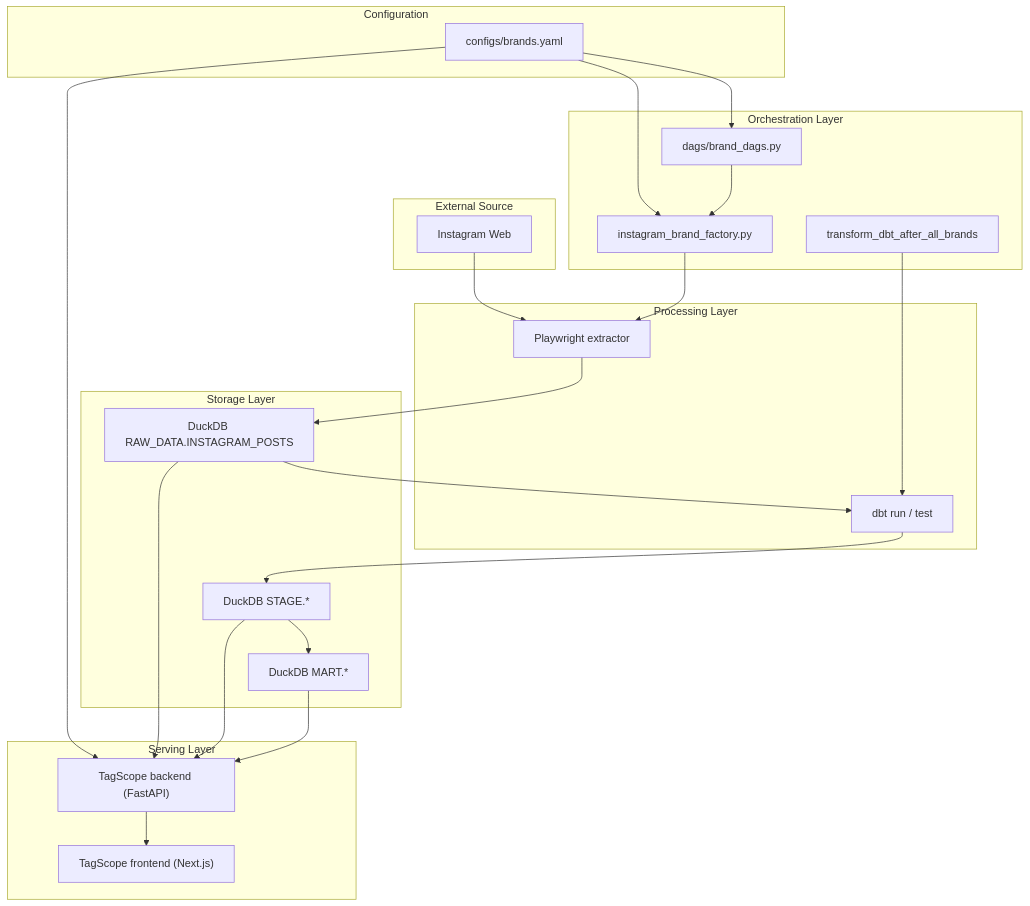
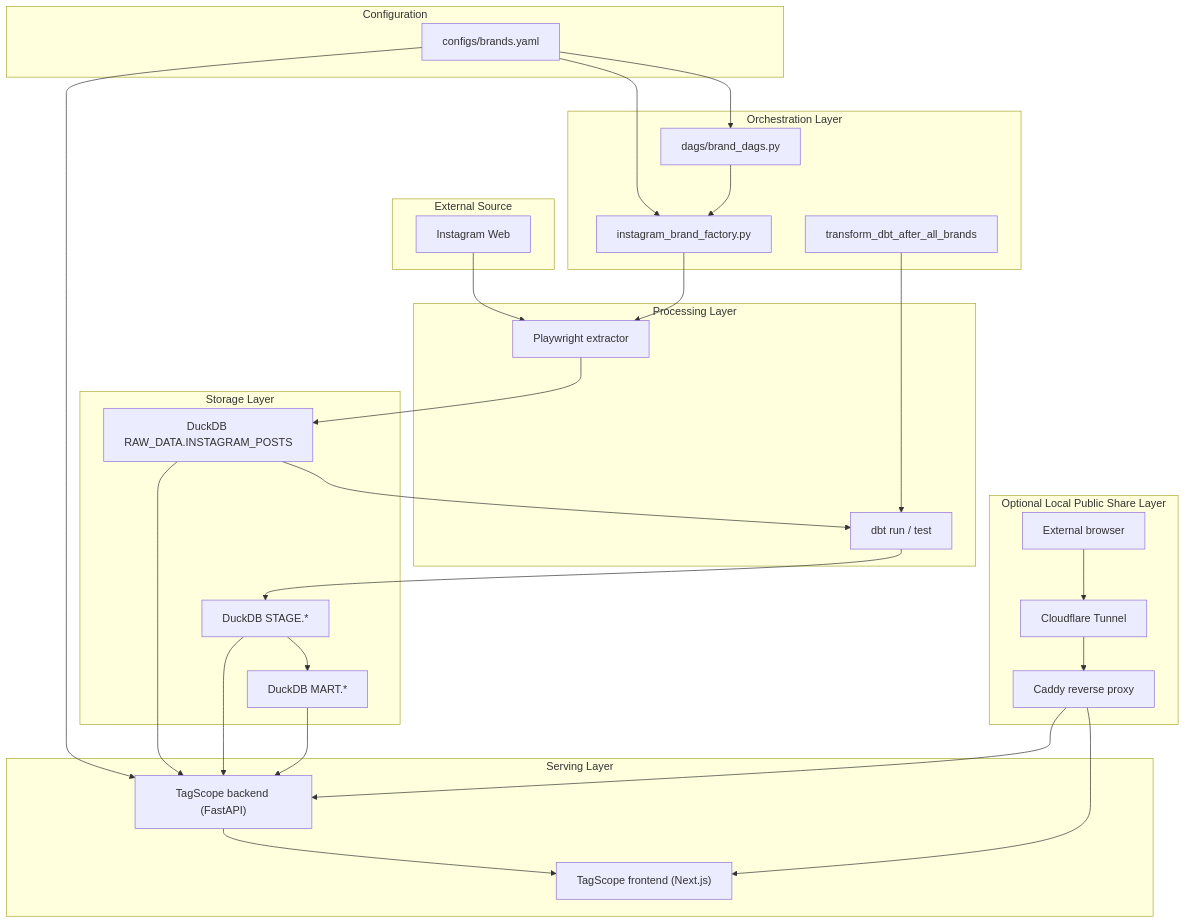
The second of 5 diagrams in docs/architecture/current_architecture.md (meanresult/celebrity-recommend), drawn with Mermaid before and after one commit. The commit also changed other lines of this file and 8 other files, not shown here.

````diff
--- a/docs/architecture/current_architecture.md
+++ b/docs/architecture/current_architecture.md
@@ -26,48 +32,58 @@
 ```mermaid
 flowchart TB
     subgraph Source["External Source"]
         IG["Instagram Web"]
     end
 
     subgraph Config["Configuration"]
         CFG["configs/brands.yaml"]
     end
 
     subgraph Orchestration["Orchestration Layer"]
         DAGS["dags/brand_dags.py"]
         FACTORY["instagram_brand_factory.py"]
         TRANSFORM["transform_dbt_after_all_brands"]
     end
 
     subgraph Processing["Processing Layer"]
         EX["Playwright extractor"]
         DBT["dbt run / test"]
     end
 
     subgraph Storage["Storage Layer"]
         RAW["DuckDB RAW_DATA.INSTAGRAM_POSTS"]
         STAGE["DuckDB STAGE.*"]
         MART["DuckDB MART.*"]
     end
 
     subgraph Serving["Serving Layer"]
         API["TagScope backend (FastAPI)"]
         UI["TagScope frontend (Next.js)"]
     end
 
+    subgraph Share["Optional Local Public Share Layer"]
+        CADDY["Caddy reverse proxy"]
+        TUNNEL["Cloudflare Tunnel"]
+        USER["External browser"]
+    end
+
     CFG --> DAGS
     CFG --> FACTORY
     CFG --> API
     IG --> EX
     DAGS --> FACTORY
     FACTORY --> EX
     EX --> RAW
     RAW --> DBT
     TRANSFORM --> DBT
     DBT --> STAGE
     STAGE --> MART
     RAW --> API
     STAGE --> API
     MART --> API
     API --> UI
+    USER --> TUNNEL
+    TUNNEL --> CADDY
+    CADDY --> UI
+    CADDY --> API
 ```
````
